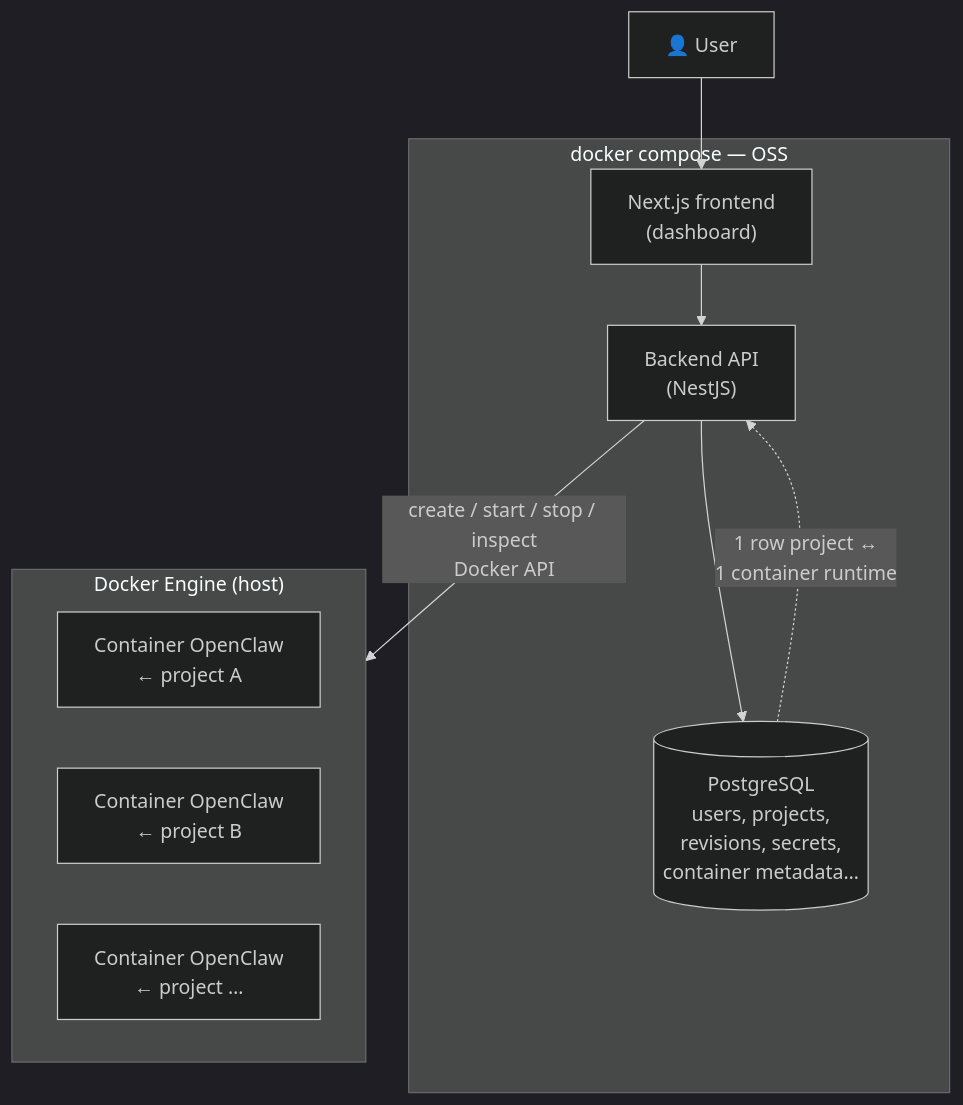
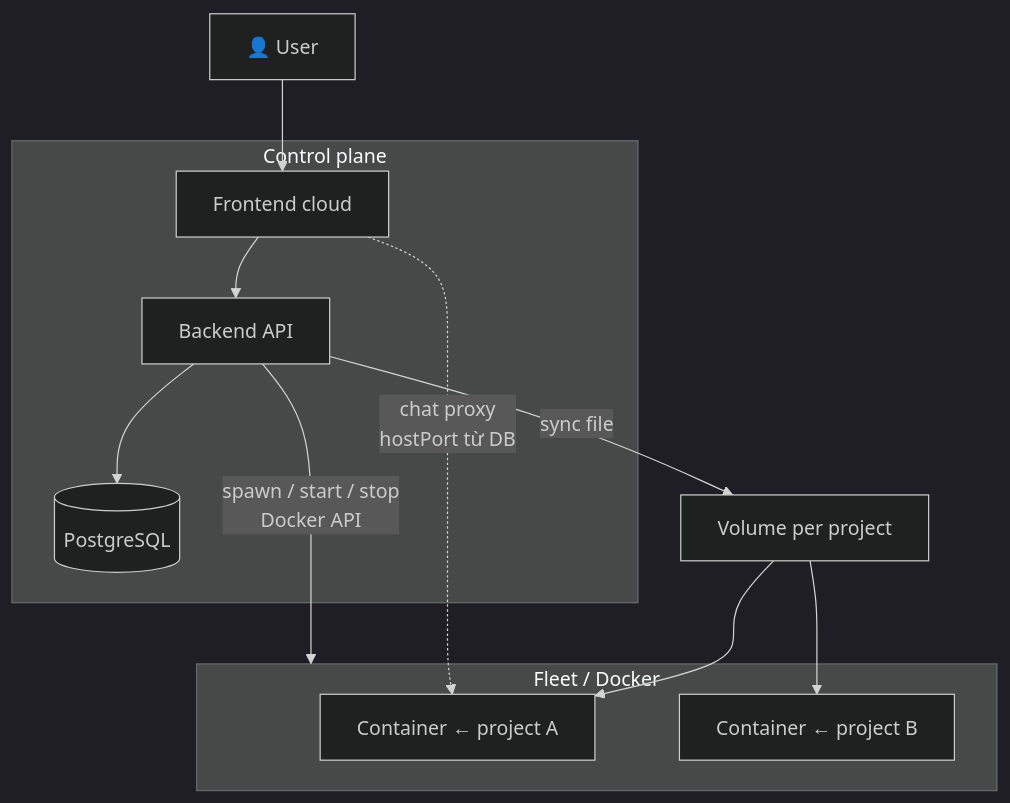
One commit to mankhb2k/claw-dashboard changed the second of 9 diagrams in workflow.md. Above: the diagram before and after it, drawn with Mermaid (dark theme). The commit also changed other lines of this file and 1 other file, not shown here.

````diff
--- a/workflow.md
+++ b/workflow.md
@@ -97,20 +79,23 @@
 ```mermaid
 flowchart TB
-    subgraph Compose["docker compose — OSS"]
-        FE["Next.js frontend\n(dashboard)"]
-        API["Backend API\n(NestJS)"]
-        DB[("PostgreSQL\nusers, projects,\nrevisions, secrets,\ncontainer metadata…")]
-        FE --> API
-        API --> DB
+    U["👤 User"]
+
+    subgraph APP["Control plane"]
+        FE["Frontend cloud"]
+        API["Backend API"]
+        DB[("PostgreSQL")]
+        FE --> API --> DB
     end
 
-    subgraph Engine["Docker Engine (host)"]
-        C1["Container OpenClaw\n← project A"]
-        C2["Container OpenClaw\n← project B"]
-        CN["Container OpenClaw\n← project …"]
+    subgraph FLEET["Fleet / Docker"]
+        C1["Container ← project A"]
+        C2["Container ← project B"]
     end
 
-    U["👤 User"] --> FE
-    API -->|create / start / stop / inspect\nDocker API| Engine
-    DB -.->|1 row project ↔\n1 container runtime| API
+    API -->|"spawn / start / stop\nDocker API"| FLEET
+    API -->|"sync file"| VOL["Volume per project"]
+    VOL --> C1
+    VOL --> C2
+    U --> FE
+    FE -.->|"chat proxy\nhostPort từ DB"| C1
 ```
````
